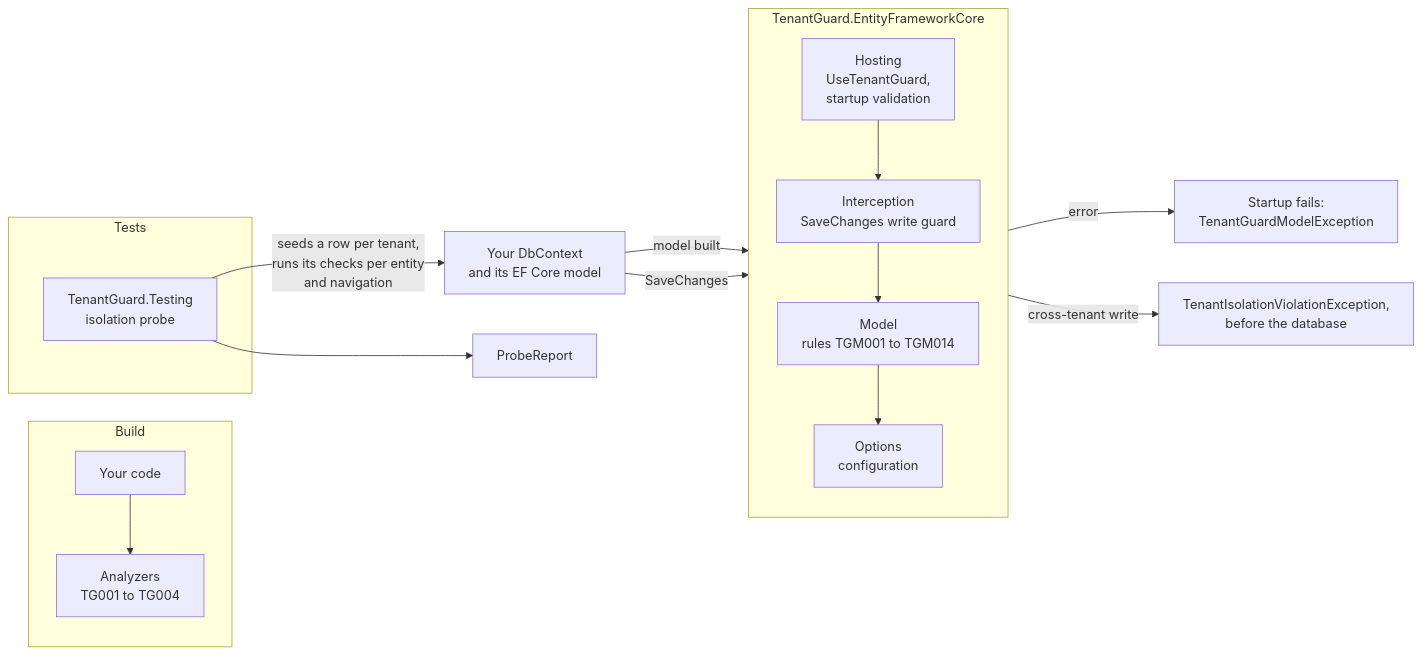
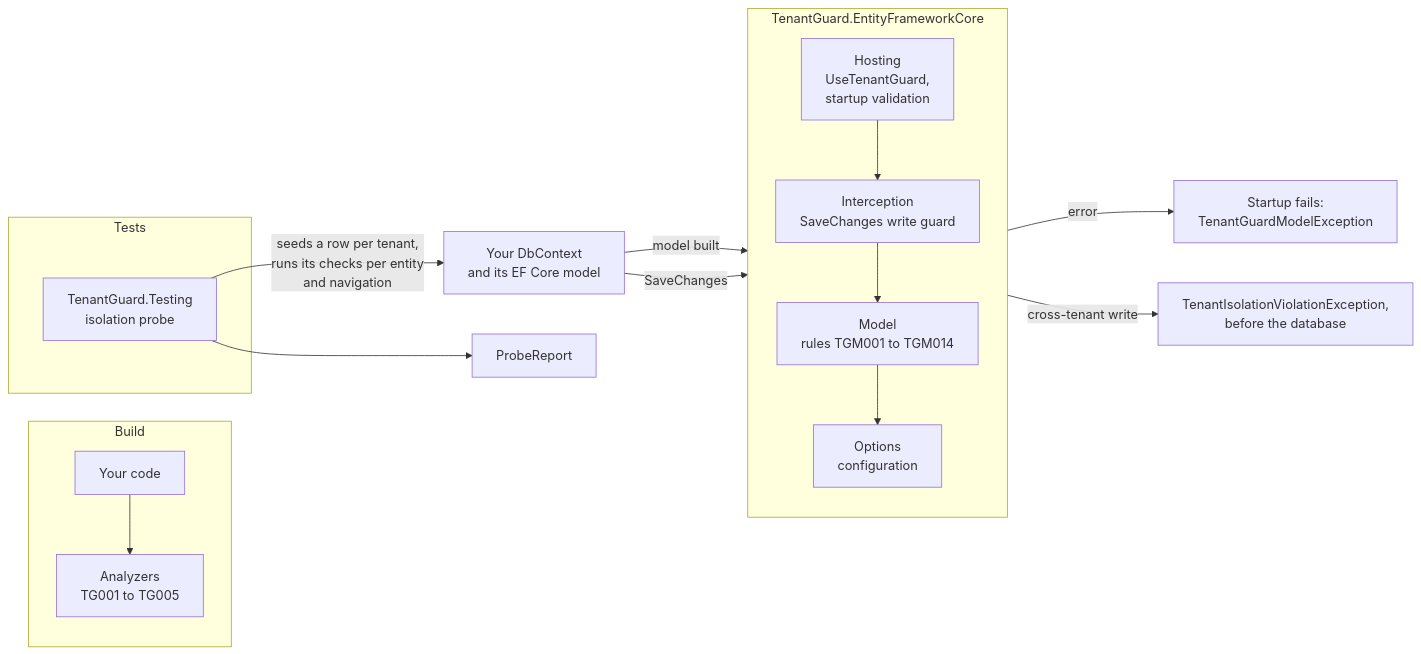
The diagram in README.md (jimmykurian/tenantguard), drawn with Mermaid before and after one commit. The commit also changed other lines of this file and 15 other files, not shown here.

````diff
--- a/README.md
+++ b/README.md
@@ -234,23 +237,23 @@
 ```mermaid
 flowchart LR
     subgraph build["Build"]
-        src["Your code"] --> analyzers["Analyzers<br/>TG001 to TG004"]
+        src["Your code"] --> analyzers["Analyzers<br/>TG001 to TG005"]
     end
     subgraph runtime["TenantGuard.EntityFrameworkCore"]
         direction TB
         hosting["Hosting<br/>UseTenantGuard,<br/>startup validation"]
         guard["Interception<br/>SaveChanges write guard"]
         rules["Model<br/>rules TGM001 to TGM014"]
         options["Options<br/>configuration"]
         hosting --> guard --> rules --> options
     end
     subgraph tests["Tests"]
         probe["TenantGuard.Testing<br/>isolation probe"]
     end
     model["Your DbContext<br/>and its EF Core model"] -->|"model built"| rules
     model -->|"SaveChanges"| guard
     rules -->|"error"| fail["Startup fails:<br/>TenantGuardModelException"]
     guard -->|"cross-tenant write"| block["TenantIsolationViolationException,<br/>before the database"]
     probe -->|"seeds a row per tenant,<br/>runs its checks per entity<br/>and navigation"| model
     probe --> report["ProbeReport"]
 ```
````
